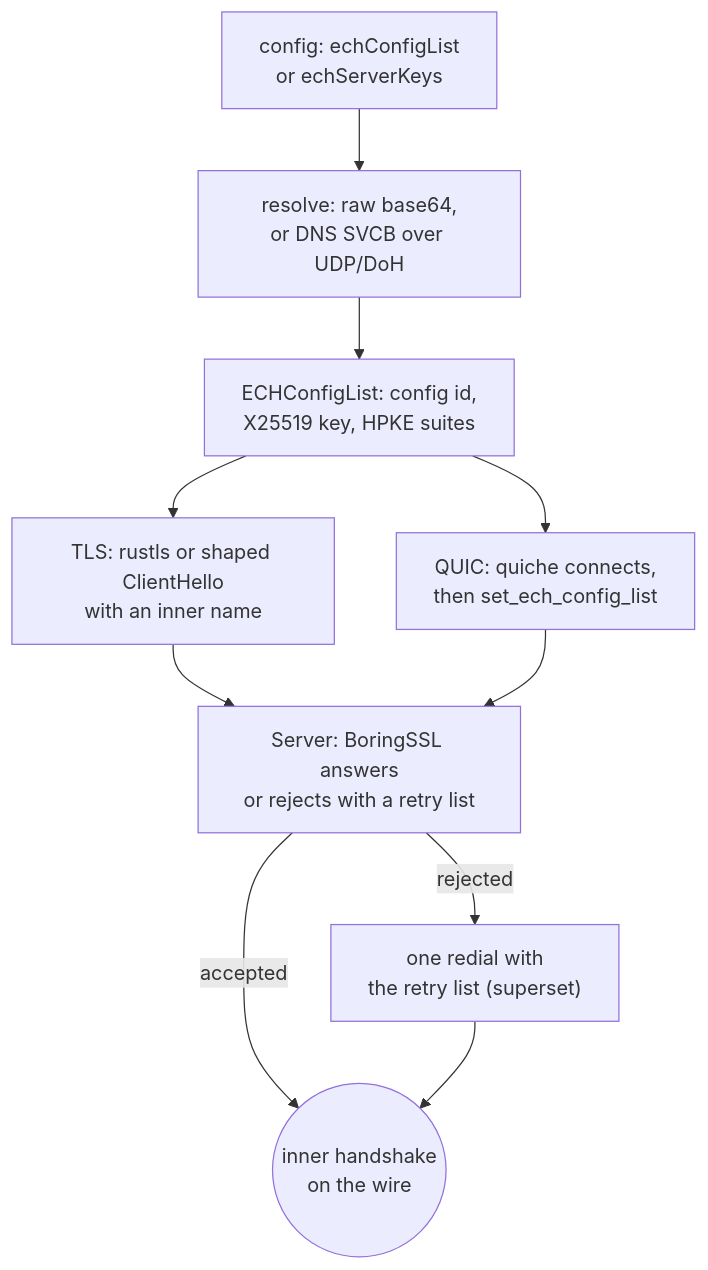
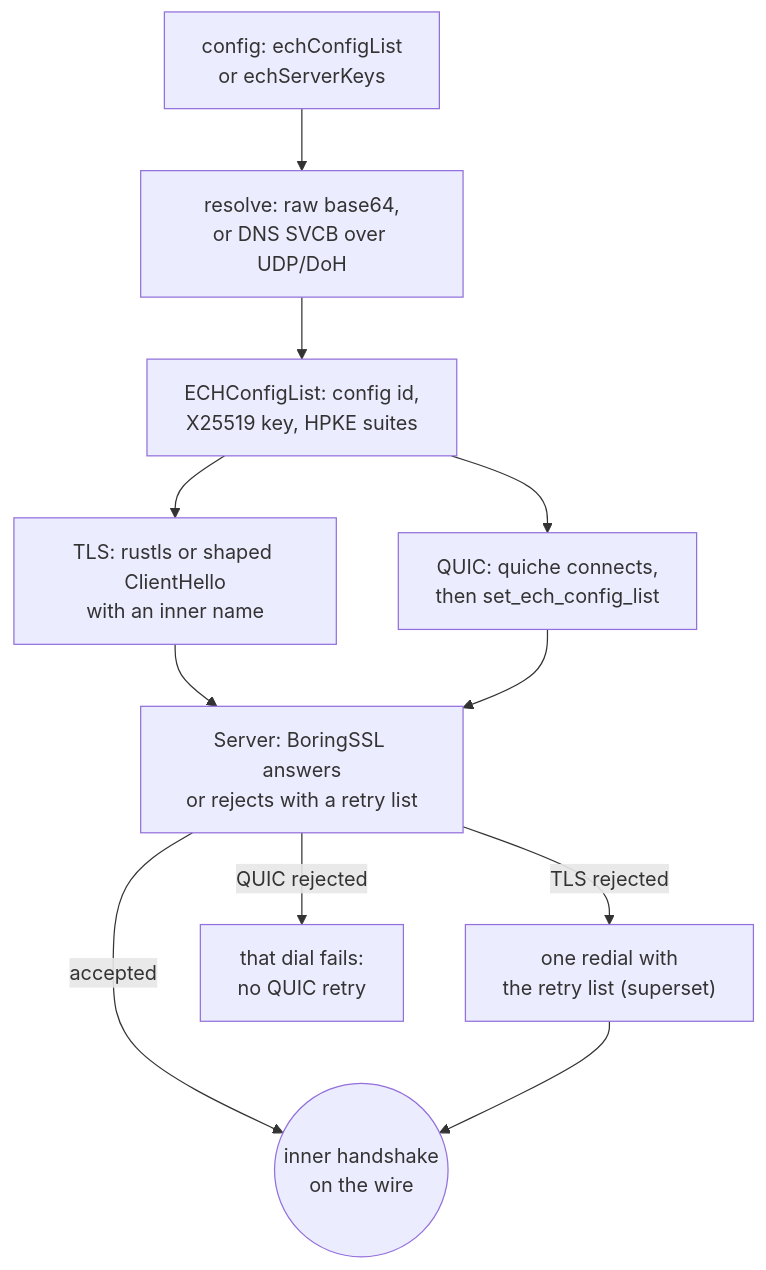
Before and after one commit to Ferrocite/ferrox: the diagram in docs/function/security-ech.md, drawn with Mermaid. The commit also changed other lines of this file and 3 other files, not shown here.

Commit message:
ech: keep the retry edge TLS-only

````diff
--- a/docs/function/security-ech.md
+++ b/docs/function/security-ech.md
@@ -9,12 +9,13 @@
 ```mermaid
 graph TD
     C["config: echConfigList<br/>or echServerKeys"] --> R["resolve: raw base64,<br/>or DNS SVCB over UDP/DoH"]
     R --> L["ECHConfigList: config id,<br/>X25519 key, HPKE suites"]
     L --> T["TLS: rustls or shaped ClientHello<br/>with an inner name"]
     L --> Q["QUIC: quiche connects,<br/>then set_ech_config_list"]
     T --> S["Server: BoringSSL answers<br/>or rejects with a retry list"]
     Q --> S
     S -->|accepted| W(("inner handshake<br/>on the wire"))
-    S -->|rejected| D["one redial with<br/>the retry list (superset)"]
+    S -->|TLS rejected| D["one redial with<br/>the retry list (superset)"]
     D --> W
+    S -->|QUIC rejected| X["that dial fails:<br/>no QUIC retry"]
 ```
````
